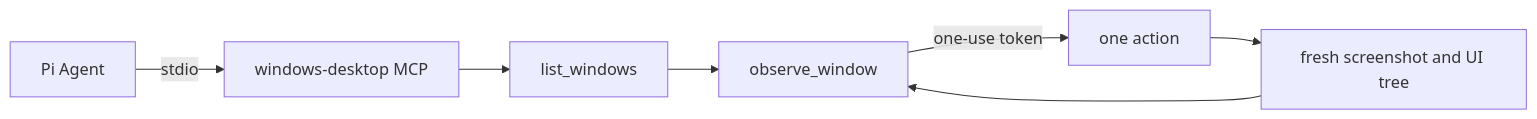
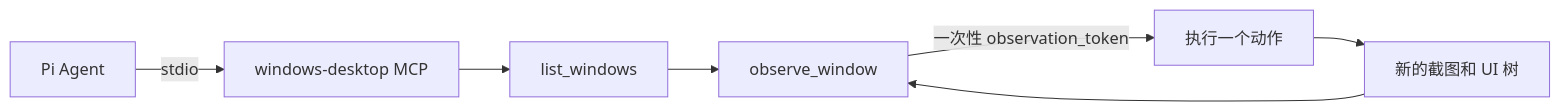
One commit to drydraft/pi-cu-mcp changed the diagram in README.md. Above: the diagram before and after it, drawn with Mermaid. The commit also changed other lines of this file and 1 other file, not shown here.

````diff
--- a/README.md
+++ b/README.md
@@ -98,9 +104,9 @@
 ```mermaid
 flowchart LR
     A[Pi Agent] -->|stdio| B[windows-desktop MCP]
     B --> C[list_windows]
     C --> D[observe_window]
-    D -->|one-use token| E[one action]
-    E --> F[fresh screenshot and UI tree]
+    D -->|一次性 observation_token| E[执行一个动作]
+    E --> F[新的截图和 UI 树]
     F --> D
 ```
````
